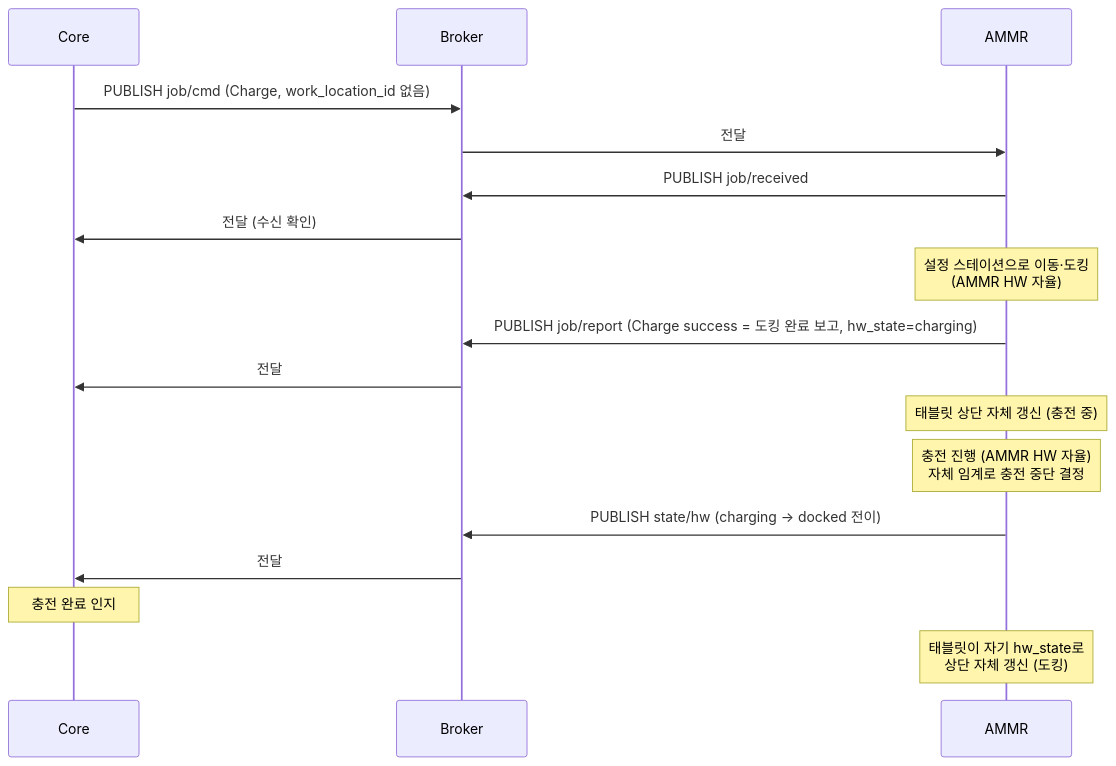
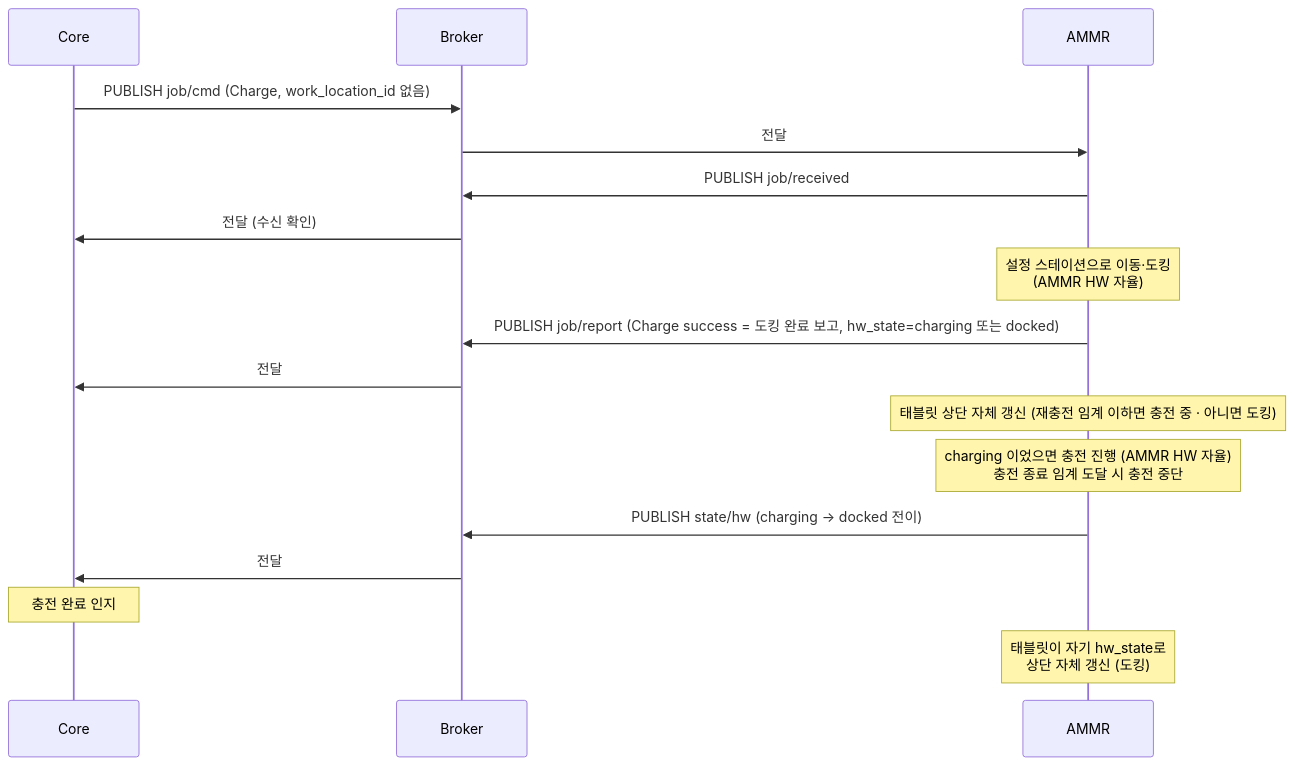
The eighth of 15 diagrams in docs/out/Core_ICD_AMMR.md (kimminsu0315/Core-Docs), drawn with Mermaid before and after one commit. The commit also changed other lines of this file and 6 other files, not shown here.

````diff
--- a/docs/out/Core_ICD_AMMR.md
+++ b/docs/out/Core_ICD_AMMR.md
@@ -1531,21 +1531,21 @@
 ```mermaid
 sequenceDiagram
     participant C as Core
     participant B as Broker
     participant A as AMMR
 
     C->>B: PUBLISH job/cmd (Charge, work_location_id 없음)
     B->>A: 전달
     A->>B: PUBLISH job/received
     B->>C: 전달 (수신 확인)
     Note over A: 설정 스테이션으로 이동·도킹<br/>(AMMR HW 자율)
-    A->>B: PUBLISH job/report (Charge success = 도킹 완료 보고, hw_state=charging)
+    A->>B: PUBLISH job/report (Charge success = 도킹 완료 보고, hw_state=charging 또는 docked)
     B->>C: 전달
-    Note over A: 태블릿 상단 자체 갱신 (충전 중)
+    Note over A: 태블릿 상단 자체 갱신 (재충전 임계 이하면 충전 중 · 아니면 도킹)
 
-    Note over A: 충전 진행 (AMMR HW 자율)<br/>자체 임계로 충전 중단 결정
+    Note over A: charging 이었으면 충전 진행 (AMMR HW 자율)<br/>충전 종료 임계 도달 시 충전 중단
     A->>B: PUBLISH state/hw (charging → docked 전이)
     B->>C: 전달
     Note over C: 충전 완료 인지
     Note over A: 태블릿이 자기 hw_state로<br/>상단 자체 갱신 (도킹)
 ```
````
